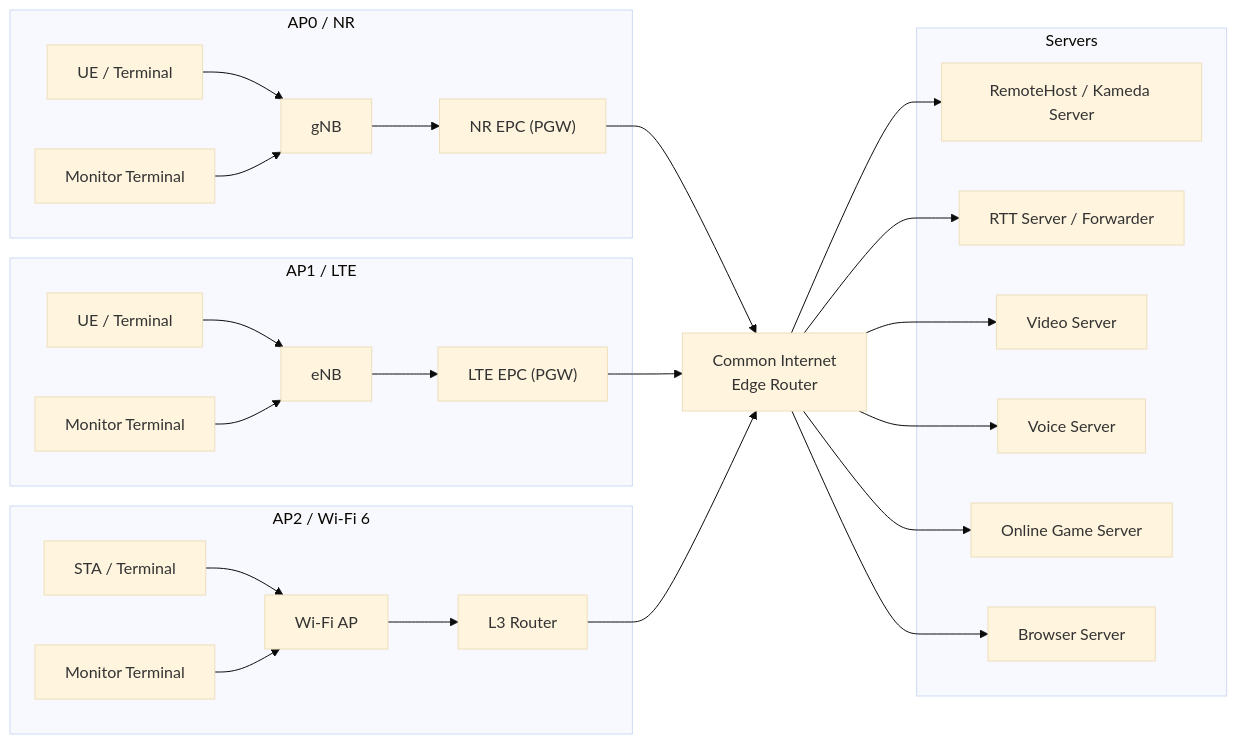
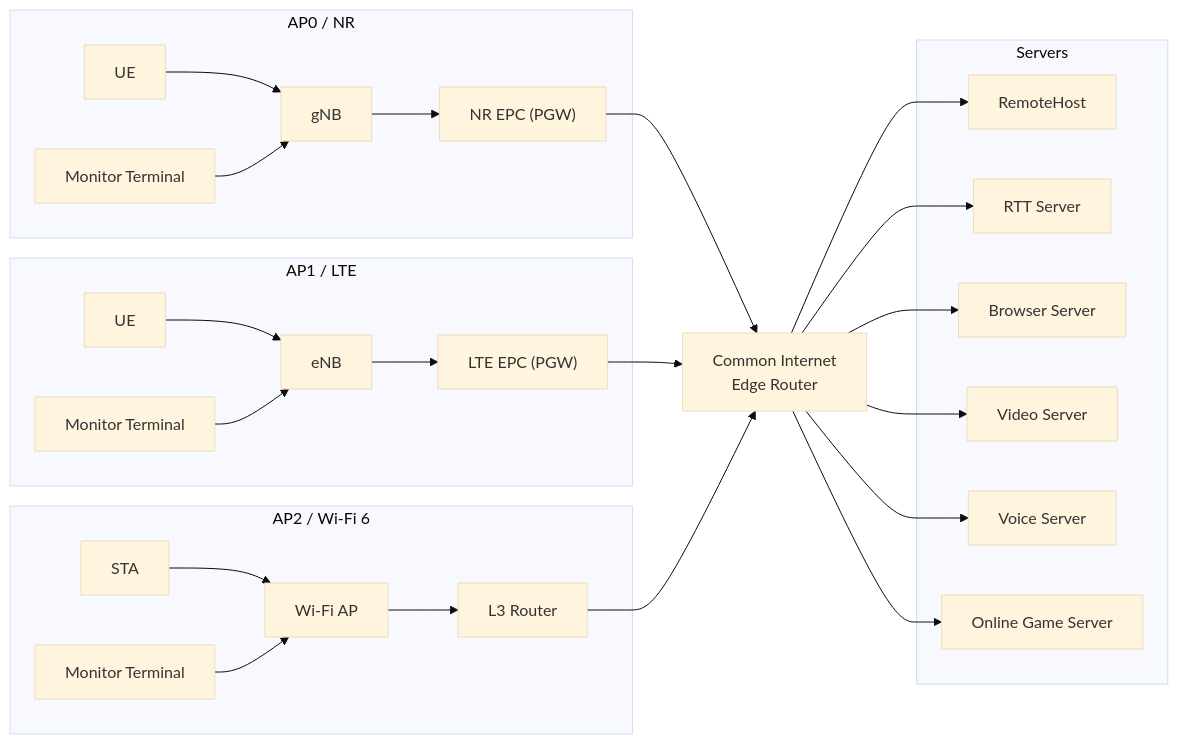
Before and after one commit to Sota-Okochi/ns-3.44: the diagram in README.md, drawn with Mermaid (base theme). The commit also changed other lines of this file and 1 other file, not shown here.

````diff
--- a/README.md
+++ b/README.md
@@ -21,56 +21,56 @@
 ```mermaid
 flowchart LR
     %% --- Groups ---
     subgraph GNR["AP0 / NR"]
-        NRUE["UE / Terminal"]
+        NRUE["UE"]
         NRMON["Monitor Terminal"]
         gNB["gNB"]
         NREPC["NR EPC (PGW)"]
         NRUE --> gNB
         NRMON --> gNB
         gNB --> NREPC
     end
 
     subgraph GLTE["AP1 / LTE"]
-        LTEUE["UE / Terminal"]
+        LTEUE["UE"]
         LTEMON["Monitor Terminal"]
         eNB["eNB"]
         LTEEPC["LTE EPC (PGW)"]
         LTEUE --> eNB
         LTEMON --> eNB
         eNB --> LTEEPC
     end
 
     subgraph GWiFi["AP2 / Wi-Fi 6"]
-        STA["STA / Terminal"]
+        STA["STA"]
         WIFIMON["Monitor Terminal"]
         AP["Wi-Fi AP"]
         L3R["L3 Router"]
         STA --> AP
         WIFIMON --> AP
         AP --> L3R
     end
 
     subgraph Servers["Servers"]
-        RH["RemoteHost / Kameda Server"]
-        RTT["RTT Server / Forwarder"]
+        RH["RemoteHost"]
+        RTT["RTT Server"]
+        BRW["Browser Server"]
         VID["Video Server"]
         VOI["Voice Server"]
         GAM["Online Game Server"]
-        BRW["Browser Server"]
     end
 
     %% --- Core Edge ---
     CER["Common Internet<br/>Edge Router"]
     NREPC --> CER
     LTEEPC --> CER
     L3R --> CER
 
     %% --- Fan-out to servers ---
     CER --> RH
     CER --> RTT
+    CER --> BRW
     CER --> VID
     CER --> VOI
     CER --> GAM
-    CER --> BRW
 ```
````
